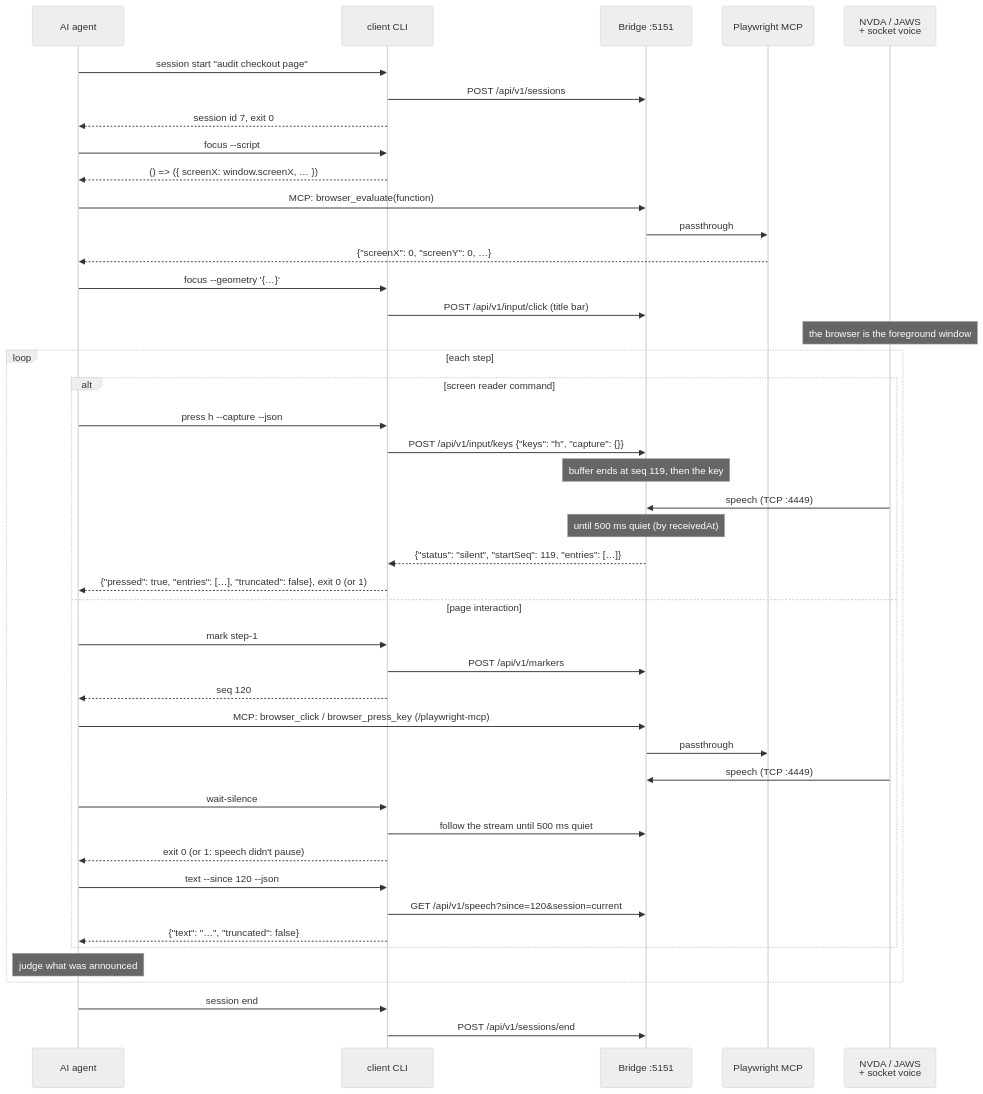
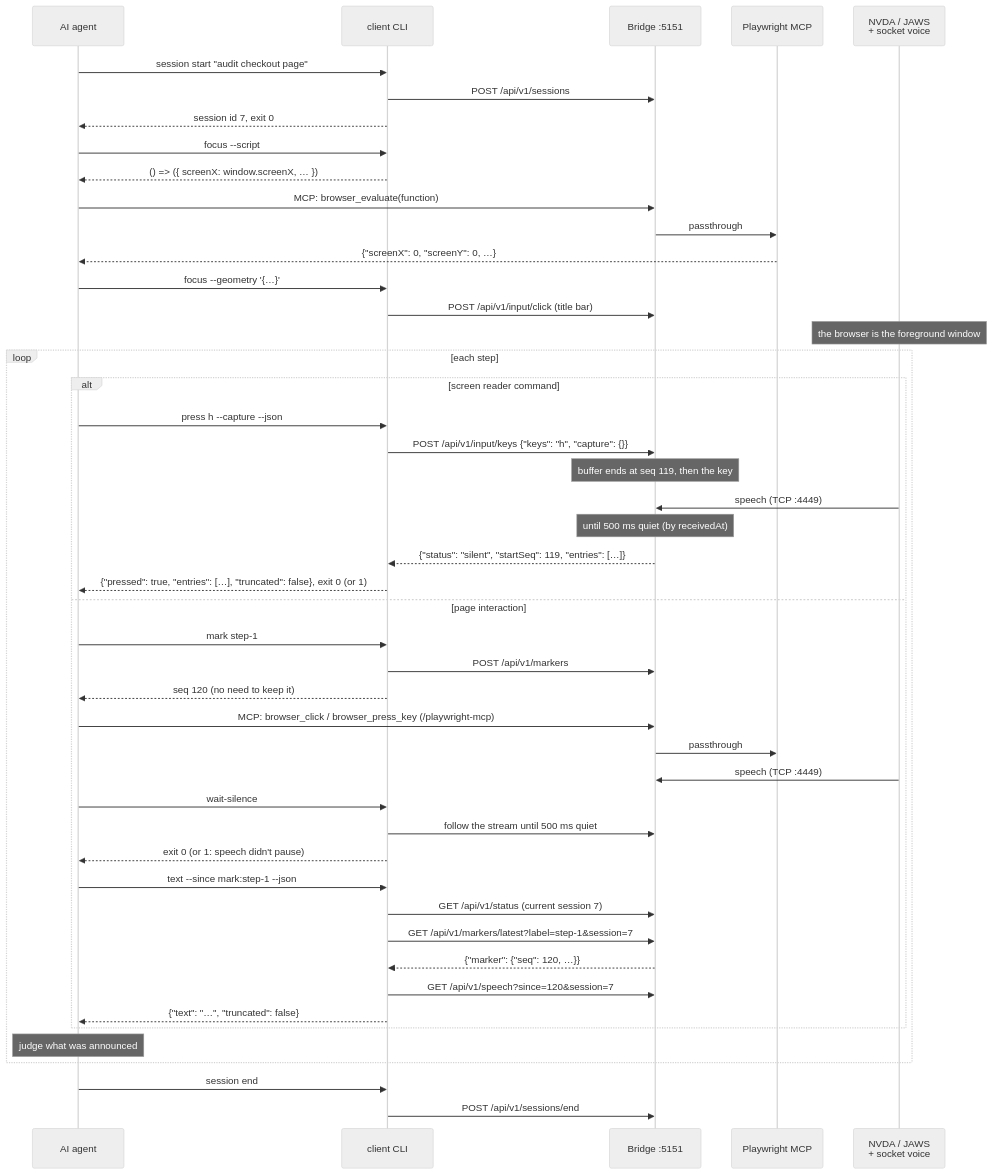
The first of 2 diagrams in docs/usage/flows/agents.md (TimoSto/screenreader-speech-capture), drawn with Mermaid (neutral theme) before and after one commit. The commit also changed other lines of this file and 34 other files, not shown here.

First line of the commit message:
feat(bridge,client): --since mark:<label> resolves a marker on the bridge (#217)

````diff
--- a/docs/usage/flows/agents.md
+++ b/docs/usage/flows/agents.md
@@ -19,47 +19,50 @@
 ```mermaid
 sequenceDiagram
     participant A as AI agent
     participant CLI as client CLI
     participant B as Bridge :5151
     participant MCP as Playwright MCP
     participant SR as NVDA / JAWS<br/>+ socket voice
 
     A->>CLI: session start "audit checkout page"
     CLI->>B: POST /api/v1/sessions
     CLI-->>A: session id 7, exit 0
     A->>CLI: focus --script
     CLI-->>A: () => ({ screenX: window.screenX, … })
     A->>B: MCP: browser_evaluate(function)
     B->>MCP: passthrough
     MCP-->>A: {"screenX": 0, "screenY": 0, …}
     A->>CLI: focus --geometry '{…}'
     CLI->>B: POST /api/v1/input/click (title bar)
     Note over SR: the browser is the foreground window
     loop each step
         alt screen reader command
             A->>CLI: press h --capture --json
             CLI->>B: POST /api/v1/input/keys {"keys": "h", "capture": {}}
             Note over B: buffer ends at seq 119, then the key
             SR->>B: speech (TCP :4449)
             Note over B: until 500 ms quiet (by receivedAt)
             B-->>CLI: {"status": "silent", "startSeq": 119, "entries": […]}
             CLI-->>A: {"pressed": true, "entries": […], "truncated": false}, exit 0 (or 1)
         else page interaction
             A->>CLI: mark step-1
             CLI->>B: POST /api/v1/markers
-            CLI-->>A: seq 120
+            CLI-->>A: seq 120 (no need to keep it)
             A->>B: MCP: browser_click / browser_press_key (/playwright-mcp)
             B->>MCP: passthrough
             SR->>B: speech (TCP :4449)
             A->>CLI: wait-silence
             CLI->>B: follow the stream until 500 ms quiet
             CLI-->>A: exit 0 (or 1: speech didn't pause)
-            A->>CLI: text --since 120 --json
-            CLI->>B: GET /api/v1/speech?since=120&session=current
+            A->>CLI: text --since mark:step-1 --json
+            CLI->>B: GET /api/v1/status (current session 7)
+            CLI->>B: GET /api/v1/markers/latest?label=step-1&session=7
+            B-->>CLI: {"marker": {"seq": 120, …}}
+            CLI->>B: GET /api/v1/speech?since=120&session=7
             CLI-->>A: {"text": "…", "truncated": false}
         end
         Note over A: judge what was announced
     end
     A->>CLI: session end
     CLI->>B: POST /api/v1/sessions/end
 ```
````
